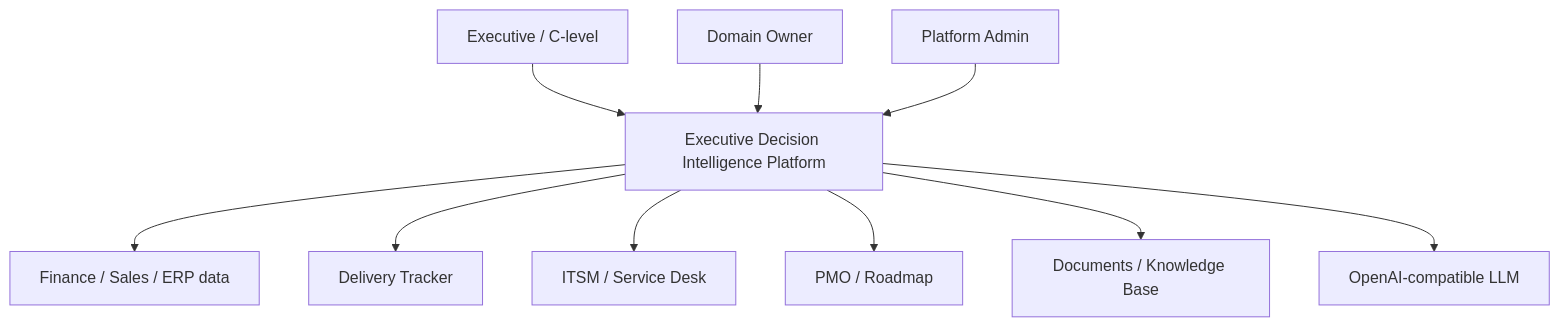
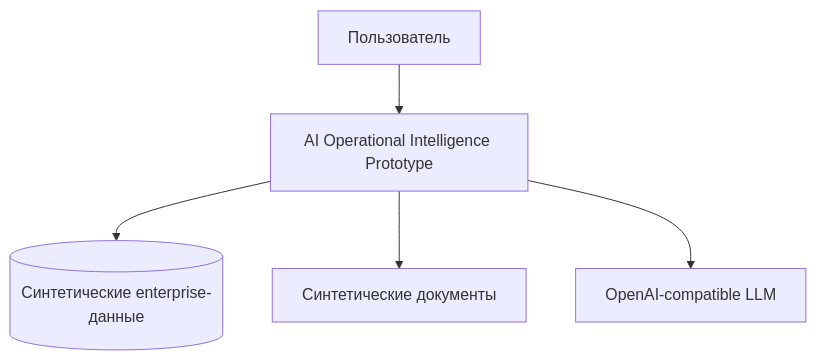
Before and after one commit to flatura/portfolio: the first of 2 diagrams in docs/ru/projects/ai_oip/06-architecture-and-integrations.md, drawn with Mermaid. The commit also changed other lines of this file and 32 other files, not shown here.

Commit message:
Update AI Operational Intelligence documentation: rename project from "Platform" to "Prototype", enhance descriptions, clarify roles and responsibilities, and improve navigation structure.

````diff
--- a/docs/ru/projects/ai_oip/06-architecture-and-integrations.md
+++ b/docs/ru/projects/ai_oip/06-architecture-and-integrations.md
@@ -18,23 +35,13 @@
 ```mermaid
 flowchart TB
-    Executive[Executive / C-level]
-    DomainOwner[Domain Owner]
-    Admin[Platform Admin]
-    Platform[Executive Decision Intelligence Platform]
-    ERP[Finance / Sales / ERP data]
-    Delivery[Delivery Tracker]
-    ITSM[ITSM / Service Desk]
-    PMO[PMO / Roadmap]
-    Docs[Documents / Knowledge Base]
+    User[Пользователь]
+    Prototype[AI Operational Intelligence Prototype]
+    Synth[(Синтетические enterprise-данные)]
+    Docs[Синтетические документы]
     LLM[OpenAI-compatible LLM]
 
-    Executive --> Platform
-    DomainOwner --> Platform
-    Admin --> Platform
-    Platform --> ERP
-    Platform --> Delivery
-    Platform --> ITSM
-    Platform --> PMO
-    Platform --> Docs
-    Platform --> LLM
+    User --> Prototype
+    Prototype --> Synth
+    Prototype --> Docs
+    Prototype --> LLM
 ```
````
